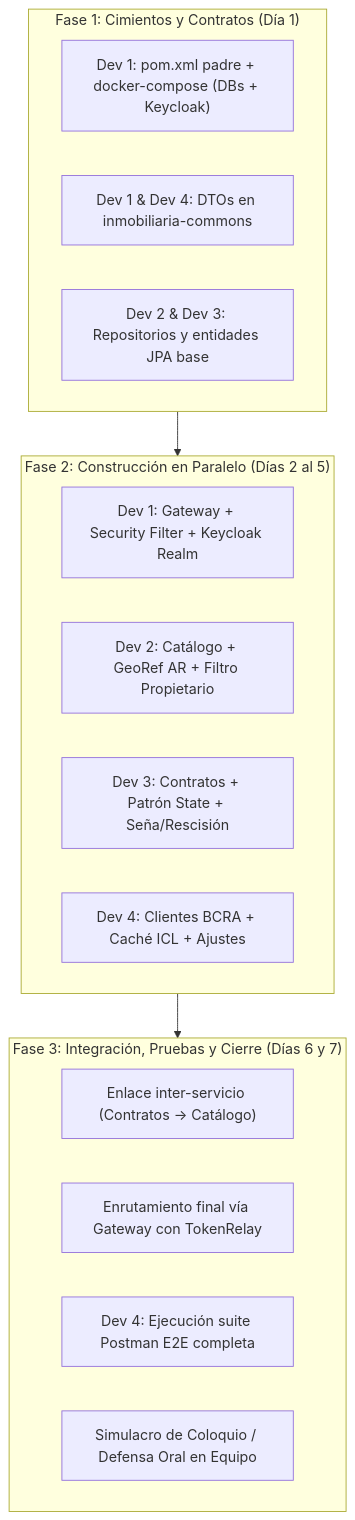
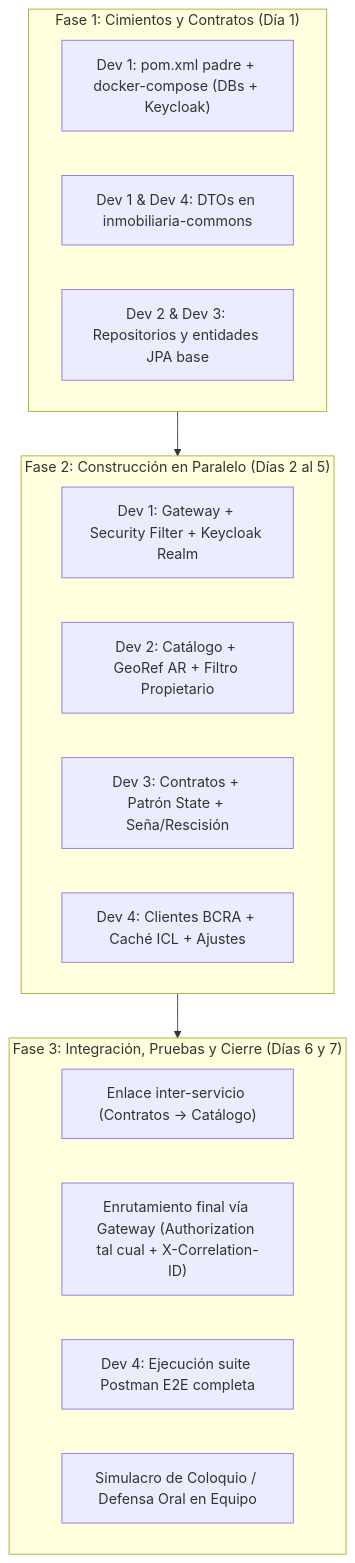
Before and after one commit to Luxuul01/tpi-back-RovedaSA: the first of 2 diagrams in docs/PlanDeTrabajo.md, drawn with Mermaid. The commit also changed other lines of this file and 5 other files, not shown here.

````diff
--- a/docs/PlanDeTrabajo.md
+++ b/docs/PlanDeTrabajo.md
@@ -146,24 +151,24 @@
 ```mermaid
 flowchart TD
     subgraph F1["Fase 1: Cimientos y Contratos (Día 1)"]
         A1["Dev 1: pom.xml padre + docker-compose (DBs + Keycloak)"]
         A2["Dev 1 & Dev 4: DTOs en inmobiliaria-commons"]
         A3["Dev 2 & Dev 3: Repositorios y entidades JPA base"]
     end
 
     subgraph F2["Fase 2: Construcción en Paralelo (Días 2 al 5)"]
         B1["Dev 1: Gateway + Security Filter + Keycloak Realm"]
         B2["Dev 2: Catálogo + GeoRef AR + Filtro Propietario"]
         B3["Dev 3: Contratos + Patrón State + Seña/Rescisión"]
         B4["Dev 4: Clientes BCRA + Caché ICL + Ajustes"]
     end
 
     subgraph F3["Fase 3: Integración, Pruebas y Cierre (Días 6 y 7)"]
         C1["Enlace inter-servicio (Contratos -> Catálogo)"]
-        C2["Enrutamiento final vía Gateway con TokenRelay"]
+        C2["Enrutamiento final vía Gateway (Authorization tal cual + X-Correlation-ID)"]
         C3["Dev 4: Ejecución suite Postman E2E completa"]
         C4["Simulacro de Coloquio / Defensa Oral en Equipo"]
     end
 
     F1 --> F2 --> F3
 ```
````
